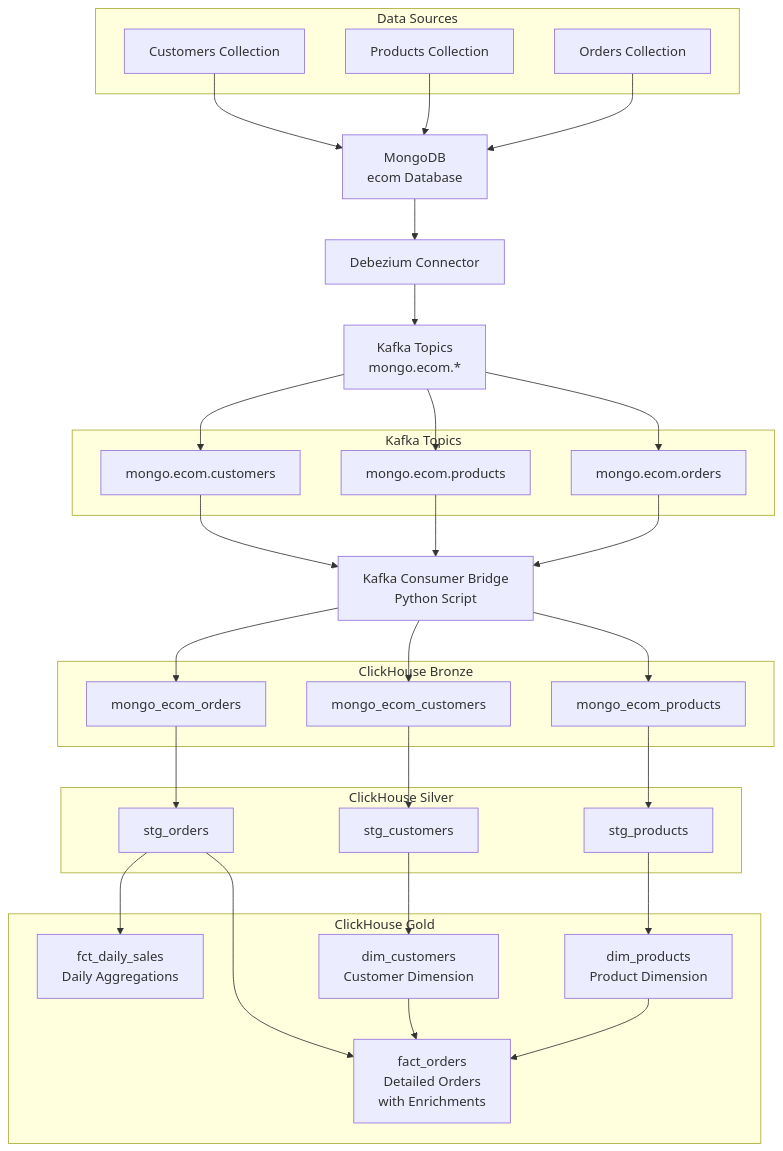
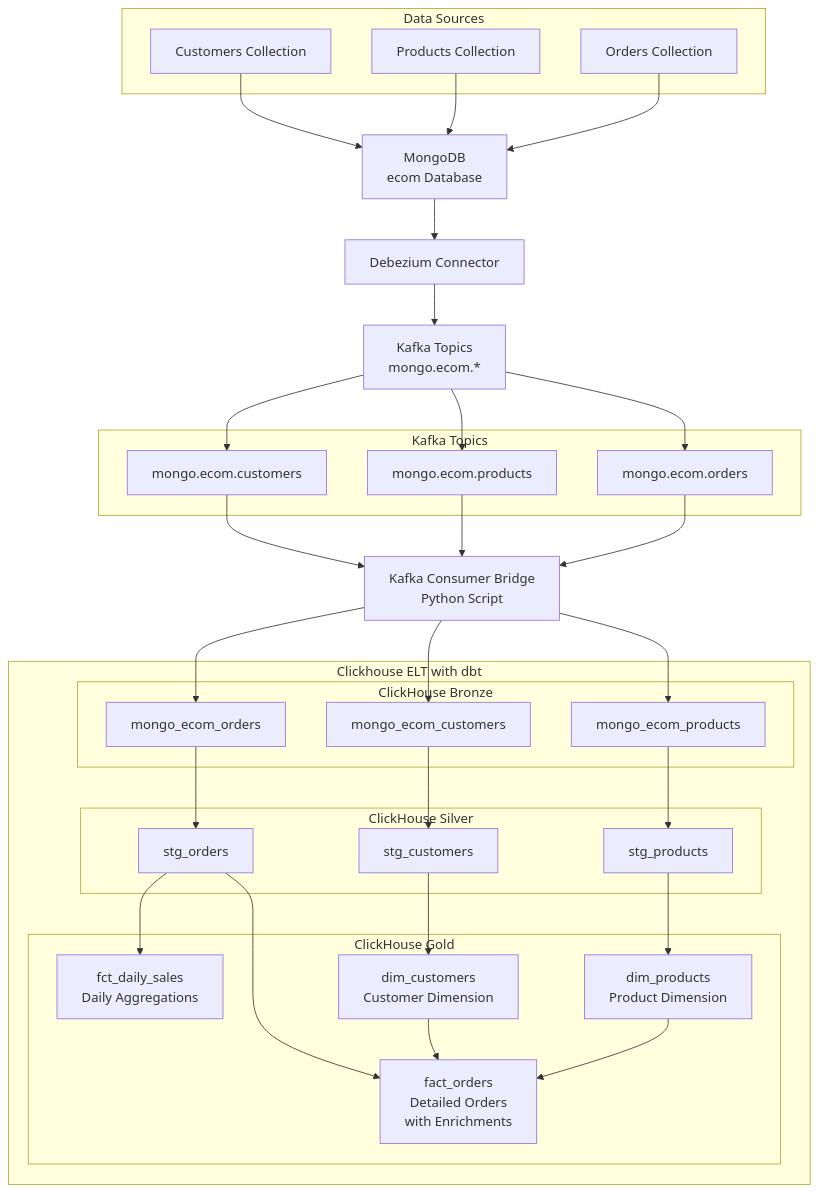
One commit to alponkk/Change-Data-Capture-E-Commerce changed the diagram in README.md. Above: the diagram before and after it, drawn with Mermaid.

Commit message:
Update data flow diagram in README to reflect Clickhouse ELT structure
- Reorganized the diagram to clearly delineate the Bronze, Silver, and Gold layers within the Clickhouse ELT process.
- Enhanced readability by grouping related components under their respective subgraphs.

````diff
--- a/README.md
+++ b/README.md
@@ -325,64 +325,66 @@
 ```mermaid
 graph TD
     A[MongoDB<br/>ecom Database] --> B[Debezium Connector]
     B --> C[Kafka Topics<br/>mongo.ecom.*]
     D[Kafka Consumer Bridge<br/>Python Script]
     
     subgraph "Data Sources"
         A1[Customers Collection]
         A2[Products Collection] 
         A3[Orders Collection]
     end
     
     subgraph "Kafka Topics"
         C1[mongo.ecom.customers]
         C2[mongo.ecom.products]
         C3[mongo.ecom.orders]
     end
     
-    subgraph "ClickHouse Bronze"
-        E1[mongo_ecom_customers]
-        E2[mongo_ecom_products]
-        E3[mongo_ecom_orders]
+    subgraph "Clickhouse ELT with dbt"
+        subgraph "ClickHouse Bronze"
+            E1[mongo_ecom_customers]
+            E2[mongo_ecom_products]
+            E3[mongo_ecom_orders]
+        end
+        
+        subgraph "ClickHouse Silver"
+            G1[stg_customers]
+            G2[stg_products]
+            G3[stg_orders]
+        end
+        
+        subgraph "ClickHouse Gold"
+            H1[fct_daily_sales<br/>Daily Aggregations]
+            H2[dim_customers<br/>Customer Dimension]
+            H3[dim_products<br/>Product Dimension]
+            H4[fact_orders<br/>Detailed Orders<br/>with Enrichments]
+        end
     end
-    
-    subgraph "ClickHouse Silver"
-        G1[stg_customers]
-        G2[stg_products]
-        G3[stg_orders]
-    end
-    
-    subgraph "ClickHouse Gold"
-        H1[fct_daily_sales<br/>Daily Aggregations]
-        H2[dim_customers<br/>Customer Dimension]
-        H3[dim_products<br/>Product Dimension]
-        H4[fact_orders<br/>Detailed Orders<br/>with Enrichments]
-    end
-    
+
     A1 --> A
     A2 --> A
     A3 --> A
     
     C --> C1
     C --> C2
     C --> C3
     
     C1 --> D
     C2 --> D
     C3 --> D
     
     D --> E1
     D --> E2
     D --> E3
     
     E1 --> G1
     E2 --> G2
     E3 --> G3
     
     G1 --> H2
     G2 --> H3
     G3 --> H1
     G3 --> H4
     H2 --> H4
     H3 --> H4
 ```
````
